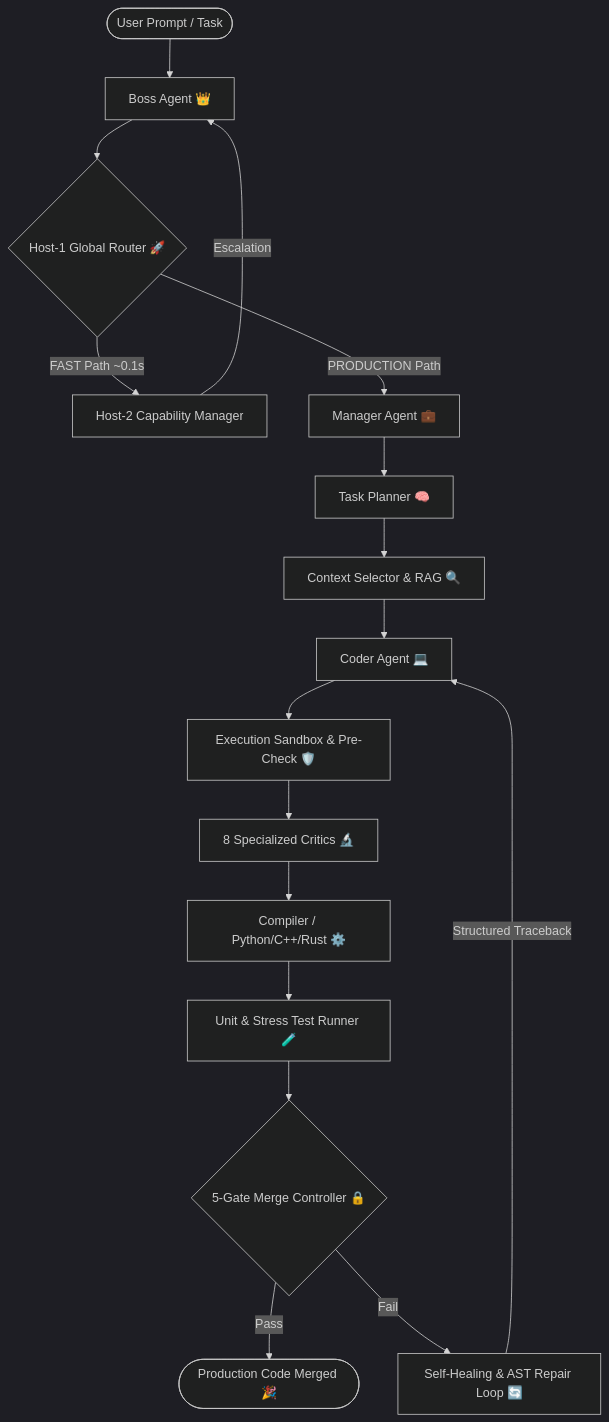
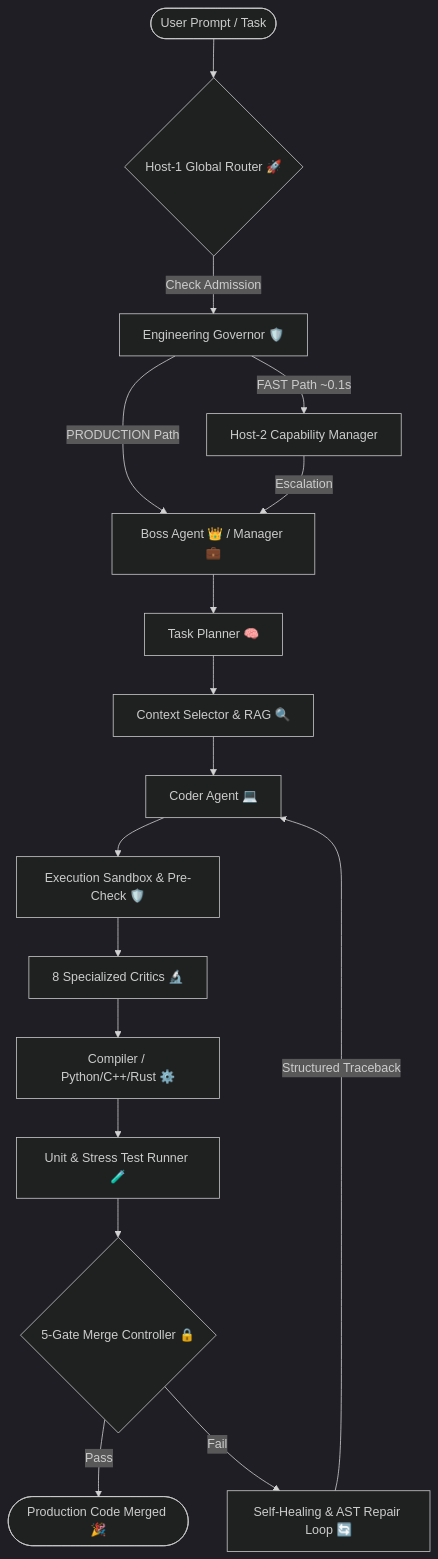
One commit to abhinav00anand/aiswarm changed the first of 2 diagrams in README.md. Above: the diagram before and after it, drawn with Mermaid (dark theme). The commit also changed other lines of this file, not shown here.

````diff
--- a/README.md
+++ b/README.md
@@ -57,22 +57,22 @@
 ```mermaid
 graph TD
-    User([User Prompt / Task]) --> Boss[Boss Agent 👑]
-    Boss --> Router{Host-1 Global Router 🚀}
+    User([User Prompt / Task]) --> Router{Host-1 Global Router 🚀}
+    Router -->|Check Admission| Gov[Engineering Governor 🛡️]
     
-    Router -->|FAST Path ~0.1s| CapManager[Host-2 Capability Manager]
-    Router -->|PRODUCTION Path| Manager[Manager Agent 💼]
+    Gov -->|FAST Path ~0.1s| CapManager[Host-2 Capability Manager]
+    Gov -->|PRODUCTION Path| Boss[Boss Agent 👑 / Manager 💼]
     
-    Manager --> Planner[Task Planner 🧠]
+    Boss --> Planner[Task Planner 🧠]
     Planner --> RAG[Context Selector & RAG 🔍]
     RAG --> Coder[Coder Agent 💻]
     Coder --> Sandbox[Execution Sandbox & Pre-Check 🛡️]
     Sandbox --> Critics[8 Specialized Critics 🔬]
     Critics --> Compiler[Compiler / Python/C++/Rust ⚙️]
     Compiler --> TestRunner[Unit & Stress Test Runner 🧪]
     TestRunner --> MergeController{5-Gate Merge Controller 🔒}
     
     MergeController -->|Pass| Success([Production Code Merged 🎉])
     MergeController -->|Fail| SelfHealing[Self-Healing & AST Repair Loop 🔄]
     SelfHealing -->|Structured Traceback| Coder
     CapManager -->|Escalation| Boss
 ```
````
